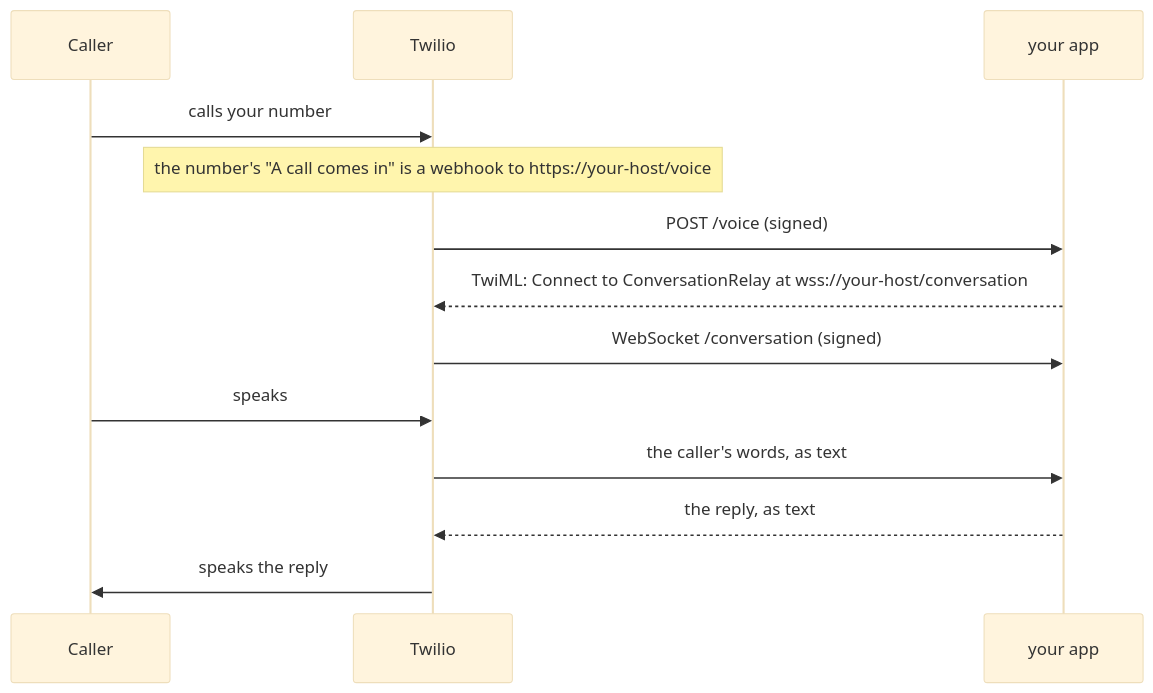
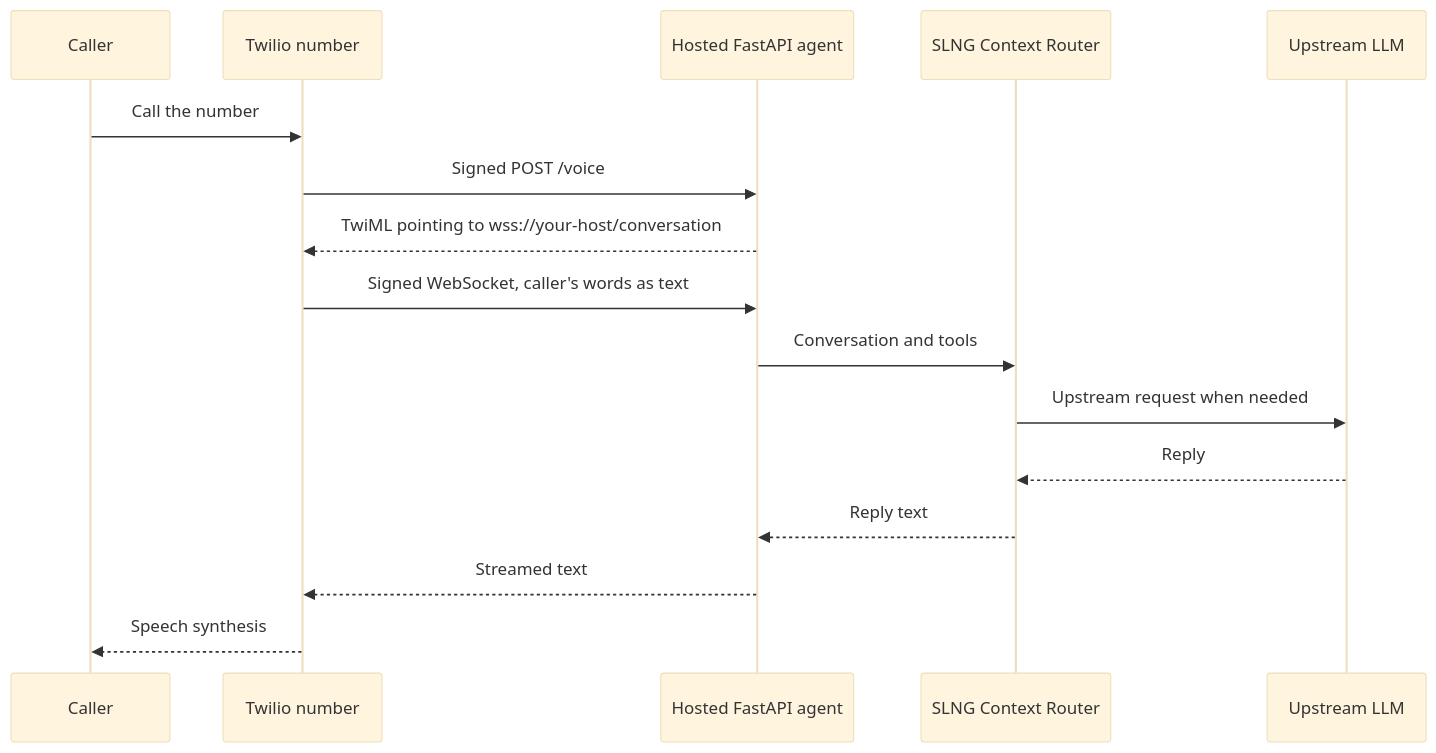
The diagram in docs-site/telephony/twilio-conversation-relay.mdx (slng-ai/unmute), drawn with Mermaid (base theme) before and after one commit. The commit also changed other lines of this file and 46 other files, not shown here.

Commit message:
Simplify Twilio setup docs and default the example to SLNG

````diff
--- a/docs-site/telephony/twilio-conversation-relay.mdx
+++ b/docs-site/telephony/twilio-conversation-relay.mdx
@@ -16,15 +138,18 @@
 ```mermaid
 sequenceDiagram
     participant Caller
-    participant Twilio
-    participant App as your app
-    Caller->>Twilio: calls your number
-    Note over Twilio: the number's "A call comes in" is a webhook to https://your-host/voice
-    Twilio->>App: POST /voice (signed)
-    App-->>Twilio: TwiML: Connect to ConversationRelay at wss://your-host/conversation
-    Twilio->>App: WebSocket /conversation (signed)
-    Caller->>Twilio: speaks
-    Twilio->>App: the caller's words, as text
-    App-->>Twilio: the reply, as text
-    Twilio->>Caller: speaks the reply
+    participant Twilio as Twilio number
+    participant App as Hosted FastAPI agent
+    participant SLNG as SLNG Context Router
+    participant LLM as Upstream LLM
+    Caller->>Twilio: Call the number
+    Twilio->>App: Signed POST /voice
+    App-->>Twilio: TwiML pointing to wss://your-host/conversation
+    Twilio->>App: Signed WebSocket, caller's words as text
+    App->>SLNG: Conversation and tools
+    SLNG->>LLM: Upstream request when needed
+    LLM-->>SLNG: Reply
+    SLNG-->>App: Reply text
+    App-->>Twilio: Streamed text
+    Twilio-->>Caller: Speech synthesis
 ```
````
